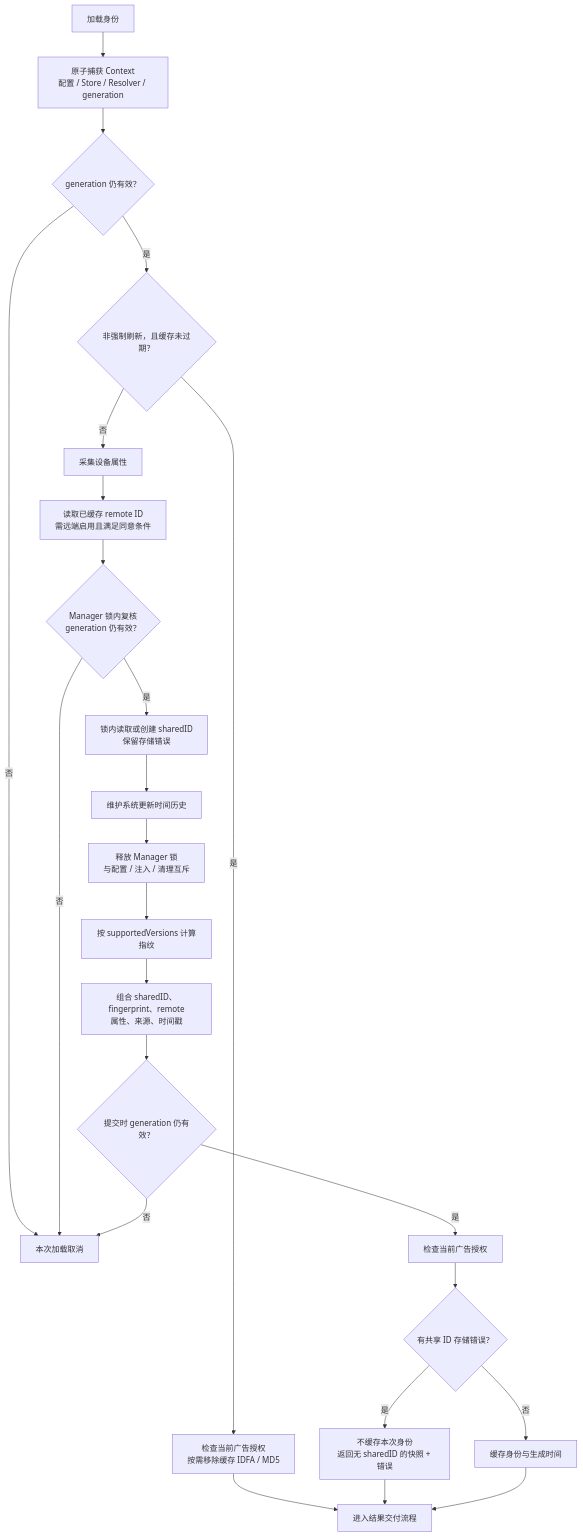
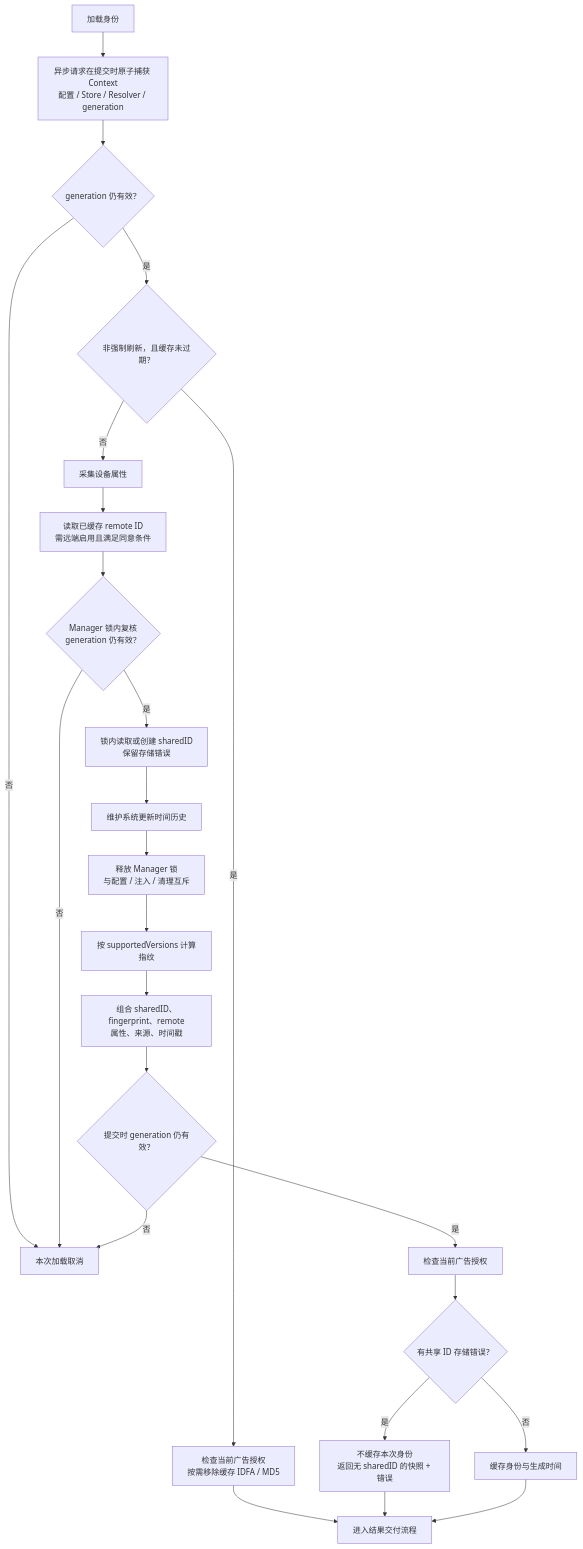
The third of 14 diagrams in PBCrossAppUniqueDeviceIdentifier/Docs/FeatureFlows.md (shanbozhu/TestOC), drawn with Mermaid before and after one commit. The commit also changed other lines of this file and 5 other files, not shown here.

````diff
--- a/PBCrossAppUniqueDeviceIdentifier/Docs/FeatureFlows.md
+++ b/PBCrossAppUniqueDeviceIdentifier/Docs/FeatureFlows.md
@@ -89,26 +89,26 @@
 ```mermaid
 flowchart TD
-    Start["加载身份"] --> Context["原子捕获 Context<br/>配置 / Store / Resolver / generation"]
+    Start["加载身份"] --> Context["异步请求在提交时原子捕获 Context<br/>配置 / Store / Resolver / generation"]
     Context --> Valid{"generation 仍有效？"}
     Valid -->|否| Cancel["本次加载取消"]
     Valid -->|是| Hit{"非强制刷新，且缓存未过期？"}
     Hit -->|是| Cached["检查当前广告授权<br/>按需移除缓存 IDFA / MD5"]
     Cached --> Return["进入结果交付流程"]
     Hit -->|否| Collect["采集设备属性"]
     Collect --> Remote["读取已缓存 remote ID<br/>需远端启用且满足同意条件"]
     Remote --> StorageLock{"Manager 锁内复核<br/>generation 仍有效？"}
     StorageLock -->|否| Cancel
     StorageLock -->|是| Shared["锁内读取或创建 sharedID<br/>保留存储错误"]
     Shared --> History["维护系统更新时间历史"]
     History --> Unlock["释放 Manager 锁<br/>与配置 / 注入 / 清理互斥"]
     Unlock --> Generate["按 supportedVersions 计算指纹"]
     Generate --> Build["组合 sharedID、fingerprint、remote<br/>属性、来源、时间戳"]
     Build --> Commit{"提交时 generation 仍有效？"}
     Commit -->|否| Cancel
     Commit -->|是| Sanitize["检查当前广告授权"]
     Sanitize --> Error{"有共享 ID 存储错误？"}
     Error -->|是| Partial["不缓存本次身份<br/>返回无 sharedID 的快照 + 错误"]
     Error -->|否| Save["缓存身份与生成时间"]
     Partial --> Return
     Save --> Return
 ```
````
